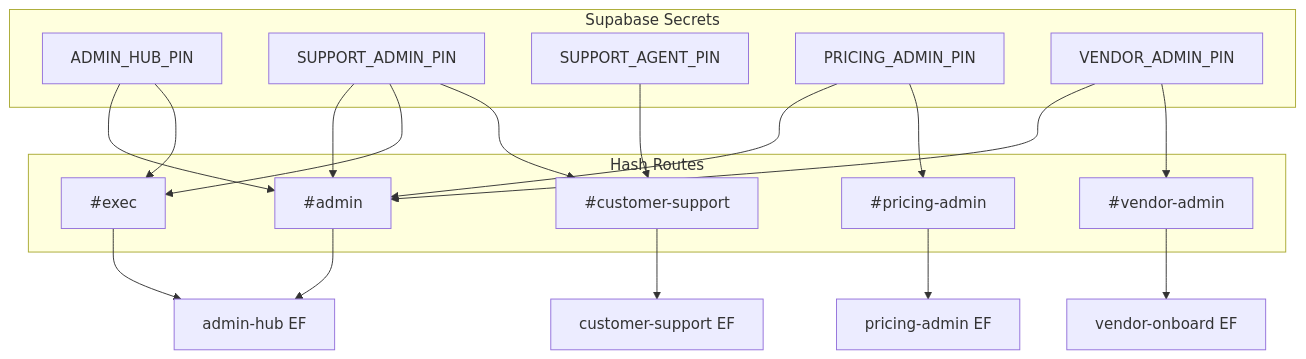
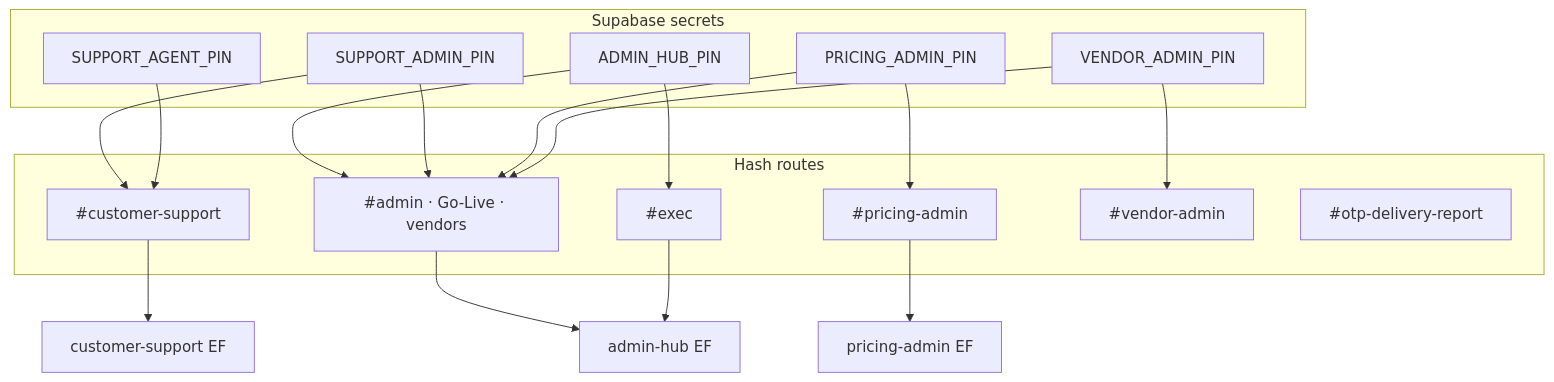
Before and after one commit to scanversecorp/scanverse: the sixth of 7 diagrams in docs/ARCHITECTURE.md, drawn with Mermaid. The commit also changed other lines of this file and 14 other files, not shown here.

First line of the commit message:
Update architecture and data-flow diagrams for v5.5.3.

````diff
--- a/docs/ARCHITECTURE.md
+++ b/docs/ARCHITECTURE.md
@@ -143,35 +203,34 @@
 ```mermaid
 flowchart TD
-    subgraph PINs["Supabase Secrets"]
+    subgraph PINs["Supabase secrets"]
         AHP["ADMIN_HUB_PIN"]
         SAP["SUPPORT_ADMIN_PIN"]
         SGP["SUPPORT_AGENT_PIN"]
         PAP["PRICING_ADMIN_PIN"]
         VAP["VENDOR_ADMIN_PIN"]
     end
 
-    subgraph Routes["Hash Routes"]
-        ADM["#admin"]
+    subgraph Routes["Hash routes"]
+        ADM["#admin · Go-Live · vendors"]
         EXE["#exec"]
         PRC["#pricing-admin"]
         SUP["#customer-support"]
         VAD["#vendor-admin"]
+        OTPR["#otp-delivery-report"]
     end
 
     AHP --> ADM
     AHP --> EXE
     SAP --> ADM
-    SAP --> EXE
     SAP --> SUP
     PAP --> ADM
     PAP --> PRC
     VAP --> ADM
     VAP --> VAD
     SGP --> SUP
 
     ADM --> AH["admin-hub EF"]
     EXE --> AH
     PRC --> PA["pricing-admin EF"]
     SUP --> CS["customer-support EF"]
-    VAD --> VO["vendor-onboard EF"]
 ```
````
